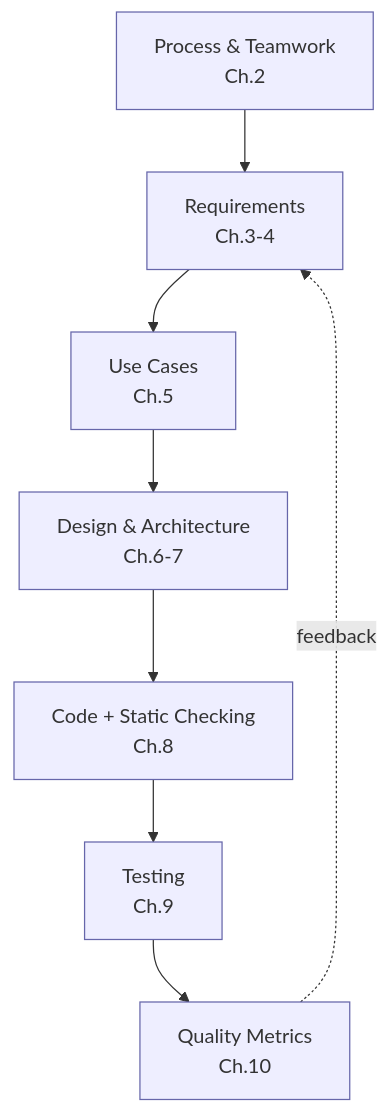
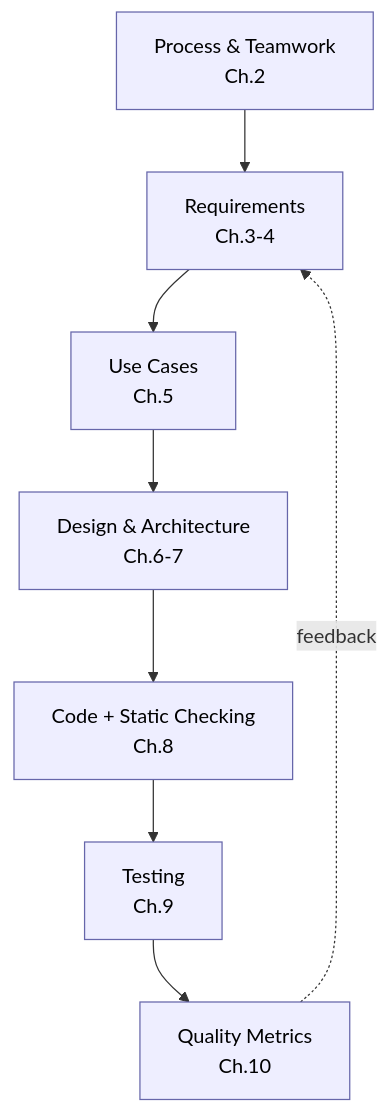
The second of 2 diagrams in chapters/11-ai-across-the-lifecycle/README.md (vrthra/open-swe-book), drawn with Mermaid before and after one commit. The commit also changed 9 other files, not shown here.

Commit message:
Fix for typos and diagrams in dark mode

````diff
--- a/chapters/11-ai-across-the-lifecycle/README.md
+++ b/chapters/11-ai-across-the-lifecycle/README.md
@@ -93,12 +93,12 @@
 ```mermaid
 flowchart TD
     P[Process &amp; Teamwork<br/>Ch.2] --> R[Requirements<br/>Ch.3-4]
     R --> U[Use Cases<br/>Ch.5]
     U --> D[Design &amp; Architecture<br/>Ch.6-7]
     D --> C[Code + Static Checking<br/>Ch.8]
     C --> T[Testing<br/>Ch.9]
     T --> M[Quality Metrics<br/>Ch.10]
     M -.feedback.-> R
-    classDef ai fill:#eef,stroke:#66a;
+    classDef ai fill:#eef,stroke:#66a,color:#000;
     class P,R,U,D,C,T,M ai;
 ```
````
